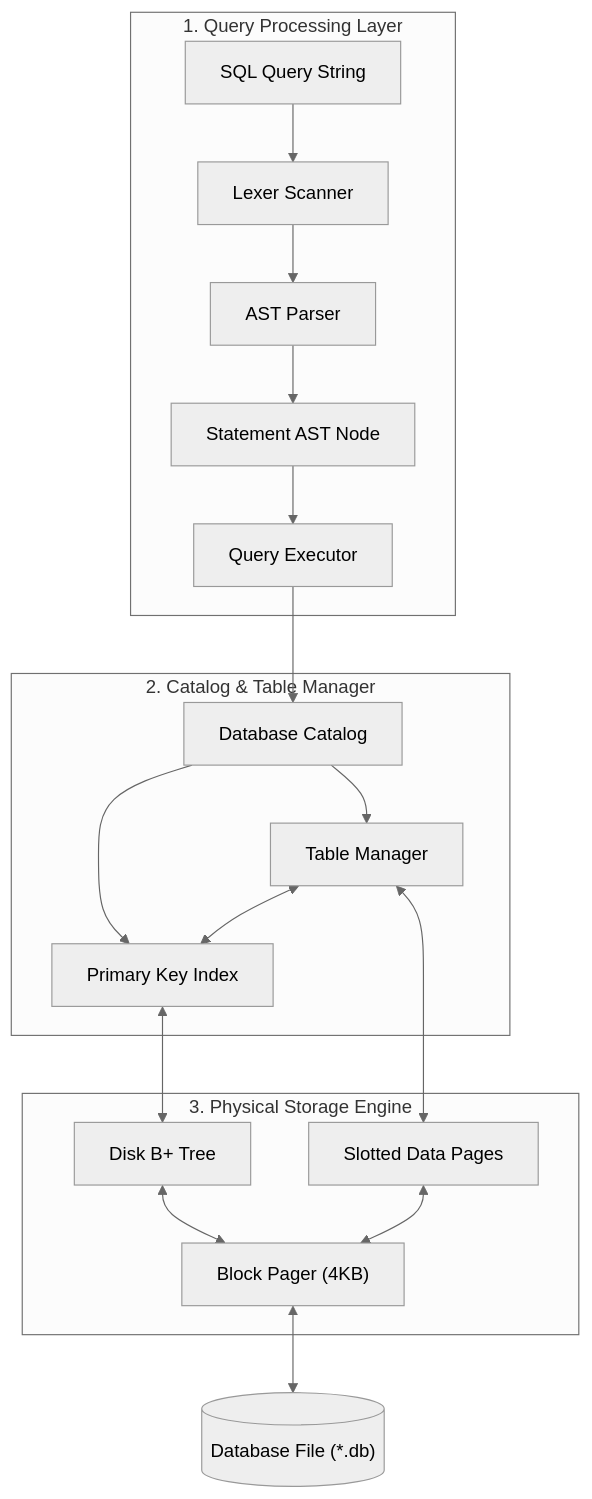
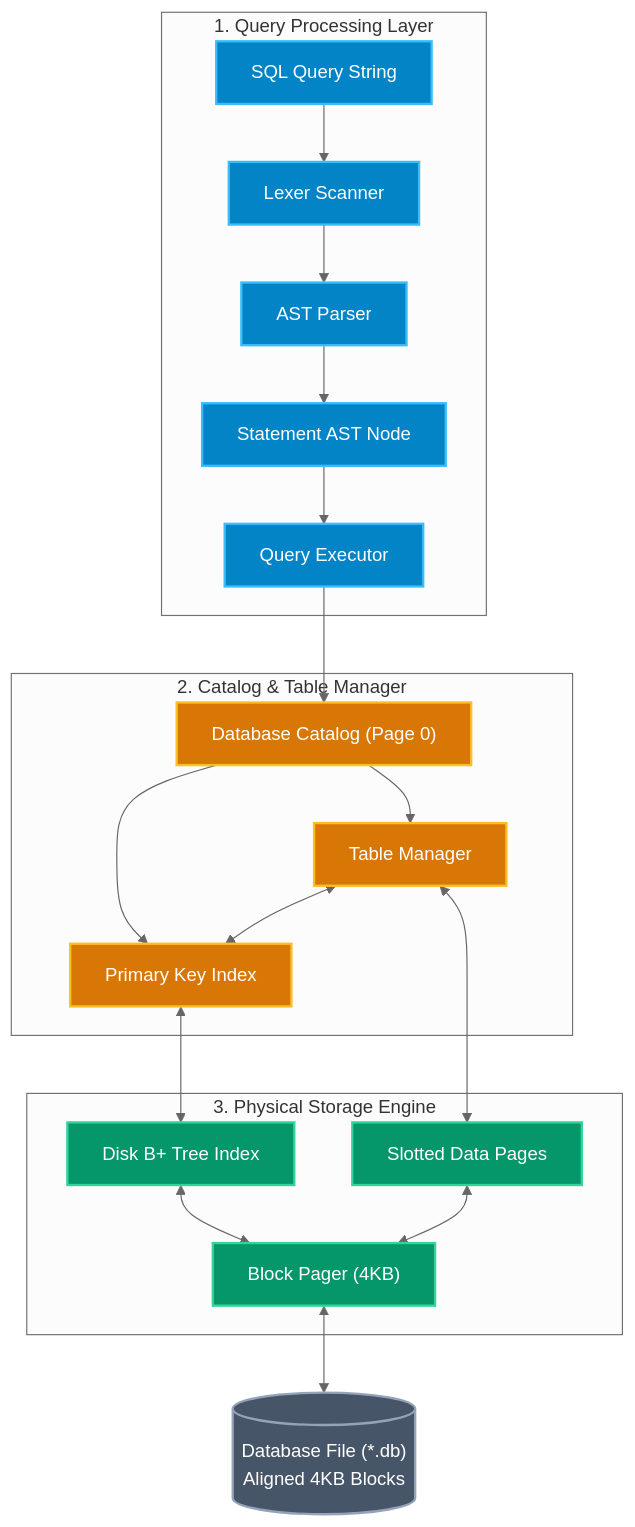
The diagram in docs/guide/what-is-quartz.md (KAAZamapiloT/QUARTZ_DB), drawn with Mermaid (neutral theme) before and after one commit. The commit also changed 9 other files, not shown here.

````diff
--- a/docs/guide/what-is-quartz.md
+++ b/docs/guide/what-is-quartz.md
@@ -18,25 +18,30 @@
 ```mermaid
-graph TB
+flowchart TB
+    classDef cFrontend fill:#0284c7,stroke:#38bdf8,stroke-width:2px,color:#ffffff;
+    classDef cCatalog fill:#d97706,stroke:#fbbf24,stroke-width:2px,color:#ffffff;
+    classDef cStorage fill:#059669,stroke:#34d399,stroke-width:2px,color:#ffffff;
+    classDef cDisk fill:#475569,stroke:#94a3b8,stroke-width:2px,color:#ffffff;
+
     subgraph Frontend ["1. Query Processing Layer"]
-        SQL["SQL Query String"] --> Lexer["Lexer Scanner"]
-        Lexer --> Parser["AST Parser"]
-        Parser --> AST["Statement AST Node"]
-        AST --> Executor["Query Executor"]
+        SQL["SQL Query String"]:::cFrontend --> Lexer["Lexer Scanner"]:::cFrontend
+        Lexer --> Parser["AST Parser"]:::cFrontend
+        Parser --> AST["Statement AST Node"]:::cFrontend
+        AST --> Executor["Query Executor"]:::cFrontend
     end
     
     subgraph CatalogLayer ["2. Catalog & Table Manager"]
-        Executor --> Database["Database Catalog"]
-        Database --> Table["Table Manager"]
-        Database --> PrimaryIndex["Primary Key Index"]
+        Executor --> Database["Database Catalog (Page 0)"]:::cCatalog
+        Database --> Table["Table Manager"]:::cCatalog
+        Database --> PrimaryIndex["Primary Key Index"]:::cCatalog
         Table <--> PrimaryIndex
     end
 
     subgraph StorageSubsystem ["3. Physical Storage Engine"]
-        PrimaryIndex <--> BPlusTree["Disk B+ Tree"]
-        Table <--> Record["Slotted Data Pages"]
-        BPlusTree <--> Pager["Block Pager (4KB)"]
+        PrimaryIndex <--> BPlusTree["Disk B+ Tree Index"]:::cStorage
+        Table <--> Record["Slotted Data Pages"]:::cStorage
+        BPlusTree <--> Pager["Block Pager (4KB)"]:::cStorage
         Record <--> Pager
     end
 
-    Pager <--> Disk[("Database File (*.db)")]
+    Pager <--> Disk[("Database File (*.db)<br>Aligned 4KB Blocks")]:::cDisk
 ```
````
